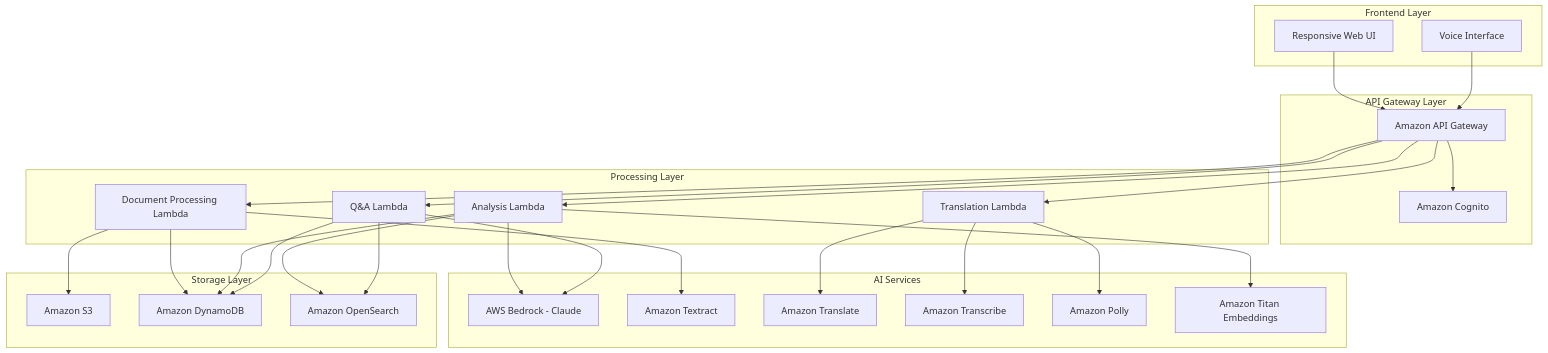
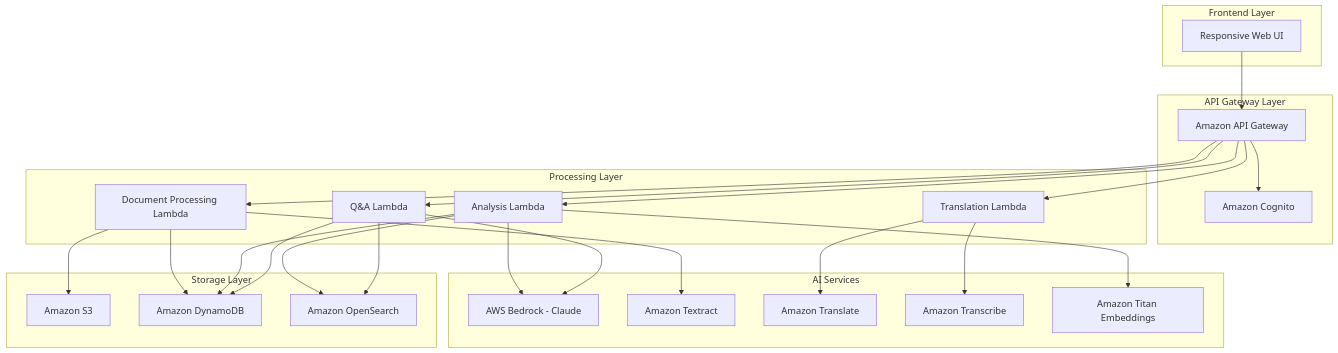
One commit to Hardik210205/AI4Bharat changed the diagram in .kiro/specs/legal-lens-assistant/design.md. Above: the diagram before and after it, drawn with Mermaid. The commit also changed other lines of this file and 1 other file, not shown here.

````diff
--- a/.kiro/specs/legal-lens-assistant/design.md
+++ b/.kiro/specs/legal-lens-assistant/design.md
@@ -13,59 +13,55 @@
 ```mermaid
 graph TB
     subgraph "Frontend Layer"
         UI[Responsive Web UI]
-        Voice[Voice Interface]
     end
     
     subgraph "API Gateway Layer"
         API[Amazon API Gateway]
         Auth[Amazon Cognito]
     end
     
     subgraph "Processing Layer"
         Lambda1[Document Processing Lambda]
         Lambda2[Analysis Lambda]
         Lambda3[Q&A Lambda]
         Lambda4[Translation Lambda]
     end
     
     subgraph "AI Services"
         Bedrock[AWS Bedrock - Claude]
         Textract[Amazon Textract]
         Translate[Amazon Translate]
         Transcribe[Amazon Transcribe]
-        Polly[Amazon Polly]
         Titan[Amazon Titan Embeddings]
     end
     
     subgraph "Storage Layer"
         S3[Amazon S3]
         DynamoDB[Amazon DynamoDB]
         OpenSearch[Amazon OpenSearch]
     end
     
     UI --> API
-    Voice --> API
     API --> Auth
     API --> Lambda1
     API --> Lambda2
     API --> Lambda3
     API --> Lambda4
     
     Lambda1 --> Textract
     Lambda1 --> S3
     Lambda1 --> DynamoDB
     
     Lambda2 --> Bedrock
     Lambda2 --> Titan
     Lambda2 --> OpenSearch
     Lambda2 --> DynamoDB
     
     Lambda3 --> Bedrock
     Lambda3 --> OpenSearch
     Lambda3 --> DynamoDB
     
     Lambda4 --> Translate
     Lambda4 --> Transcribe
-    Lambda4 --> Polly
 ```
````
